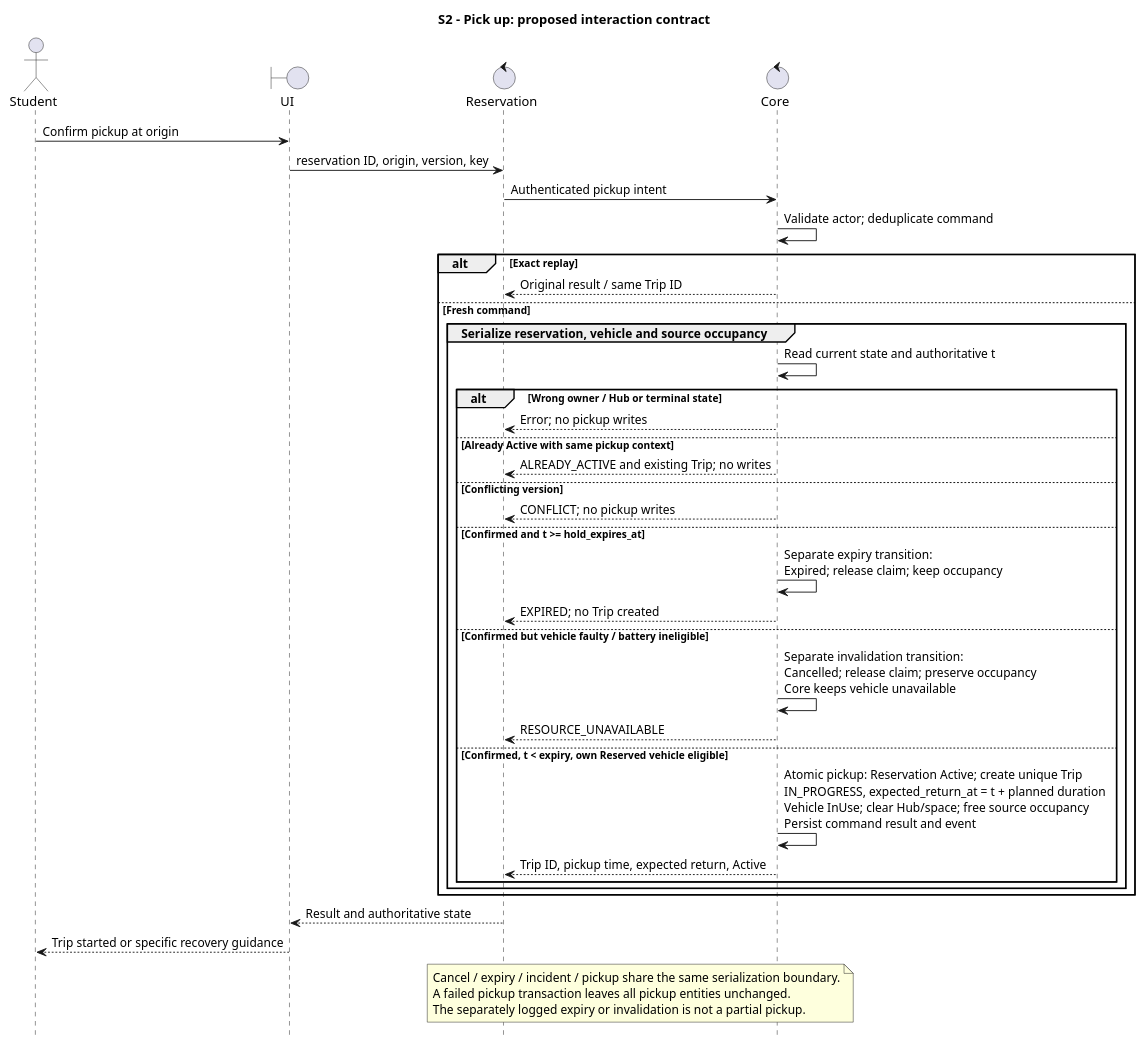
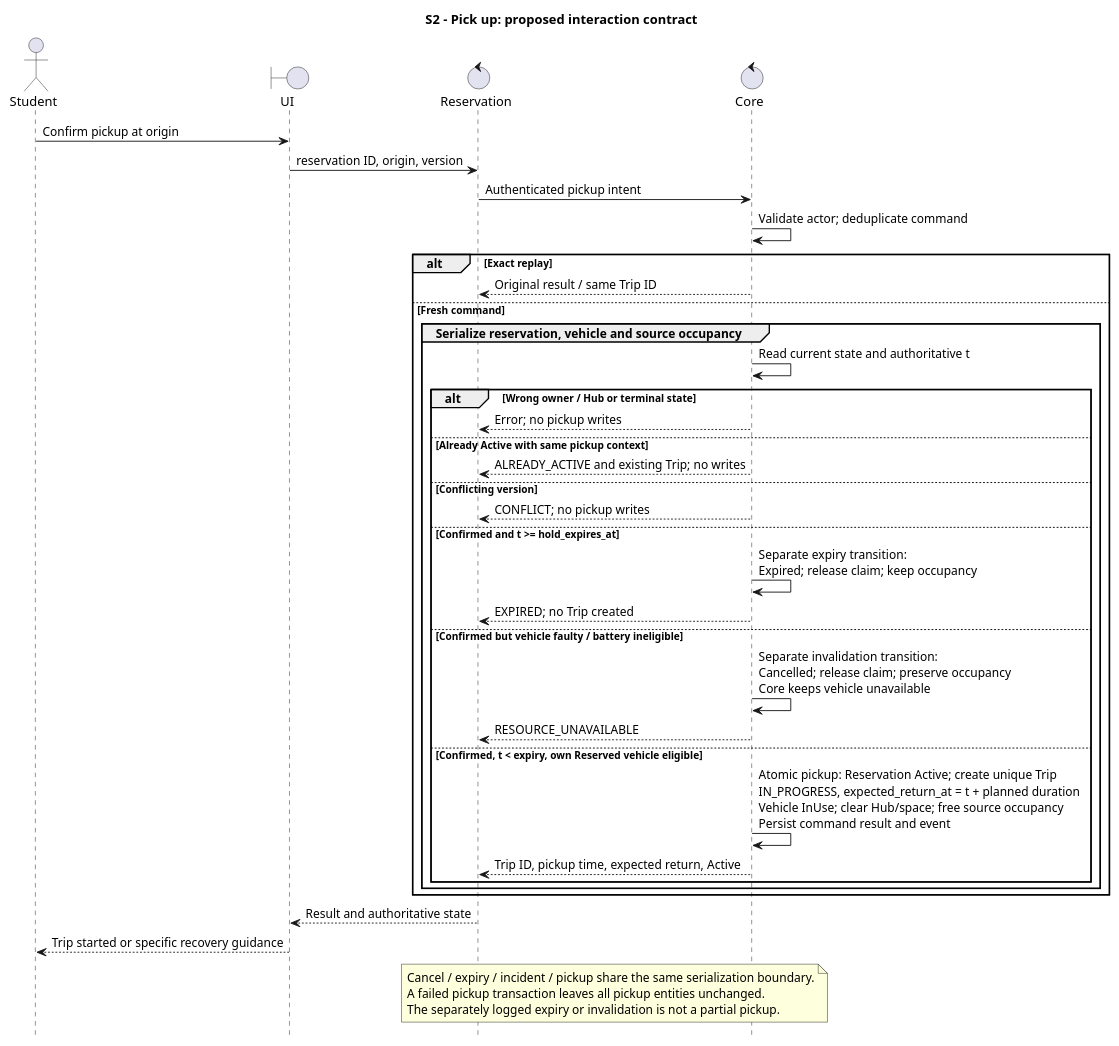
The diagram in docs/design/behavioral/reservation-diagrams/s2-pickup.puml (MabC06/smart-e-mobility-hub), drawn with PlantUML before and after one commit. The commit also changed 20 other files, not shown here.

```diff
--- a/docs/design/behavioral/reservation-diagrams/s2-pickup.puml
+++ b/docs/design/behavioral/reservation-diagrams/s2-pickup.puml
@@ -1,44 +1,44 @@
 @startuml
 title S2 - Pick up: proposed interaction contract
 skinparam shadowing false
 skinparam defaultFontName Arial
 hide footbox
 actor Student
 boundary UI
 control Reservation
 control Core
 Student -> UI: Confirm pickup at origin
-UI -> Reservation: reservation ID, origin, version, key
+UI -> Reservation: reservation ID, origin, version
 Reservation -> Core: Authenticated pickup intent
 Core -> Core: Validate actor; deduplicate command
 alt Exact replay
   Core --> Reservation: Original result / same Trip ID
 else Fresh command
   group Serialize reservation, vehicle and source occupancy
     Core -> Core: Read current state and authoritative t
     alt Wrong owner / Hub or terminal state
       Core --> Reservation: Error; no pickup writes
     else Already Active with same pickup context
       Core --> Reservation: ALREADY_ACTIVE and existing Trip; no writes
     else Conflicting version
       Core --> Reservation: CONFLICT; no pickup writes
     else Confirmed and t >= hold_expires_at
       Core -> Core: Separate expiry transition:\nExpired; release claim; keep occupancy
       Core --> Reservation: EXPIRED; no Trip created
     else Confirmed but vehicle faulty / battery ineligible
       Core -> Core: Separate invalidation transition:\nCancelled; release claim; preserve occupancy\nCore keeps vehicle unavailable
       Core --> Reservation: RESOURCE_UNAVAILABLE
     else Confirmed, t < expiry, own Reserved vehicle eligible
       Core -> Core: Atomic pickup: Reservation Active; create unique Trip\nIN_PROGRESS, expected_return_at = t + planned duration\nVehicle InUse; clear Hub/space; free source occupancy\nPersist command result and event
       Core --> Reservation: Trip ID, pickup time, expected return, Active
     end
   end
 end
 Reservation --> UI: Result and authoritative state
 UI --> Student: Trip started or specific recovery guidance
 note over Reservation,Core
   Cancel / expiry / incident / pickup share the same serialization boundary.
   A failed pickup transaction leaves all pickup entities unchanged.
   The separately logged expiry or invalidation is not a partial pickup.
 end note
 @enduml
```
